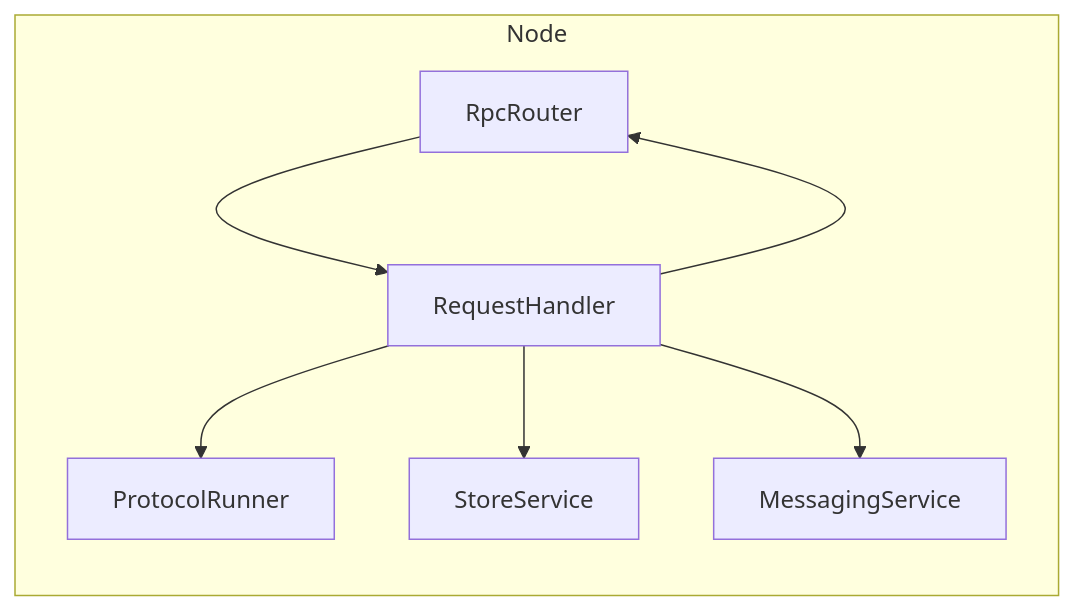
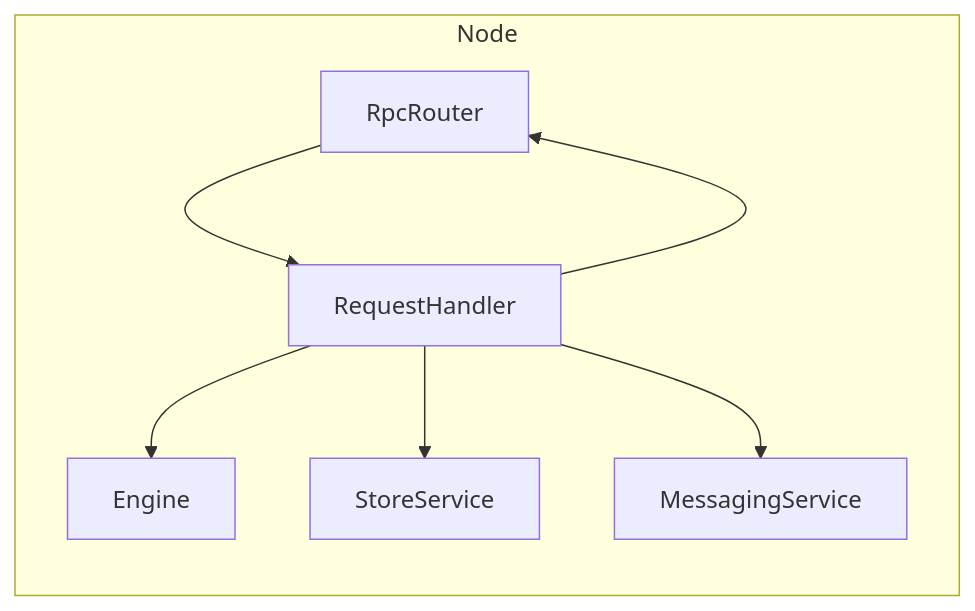
The diagram in packages/node/docs/source/diagrams/node-ownership.mmd (counterfactual/monorepo), drawn with Mermaid before and after one commit. The commit also changed 24 other files, not shown here.

Commit message:
chore: replace 'ProtocolRunner' with 'Engine'

```diff
--- a/packages/node/docs/source/diagrams/node-ownership.mmd
+++ b/packages/node/docs/source/diagrams/node-ownership.mmd
@@ -1,10 +1,10 @@
 graph LR
   subgraph Node
-    ProtocolRunner
+    Engine
     MessagingService
     RpcRouter --> RequestHandler
     RequestHandler --> RpcRouter
     RequestHandler --> StoreService
     RequestHandler --> MessagingService
-    RequestHandler --> ProtocolRunner
+    RequestHandler --> Engine
 end
```
